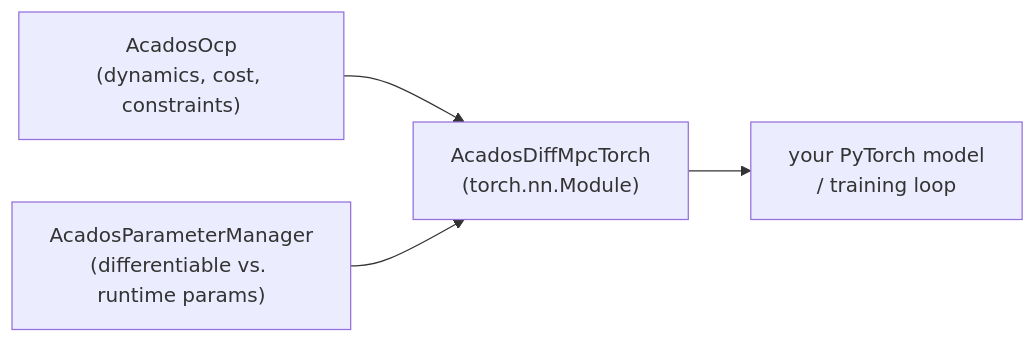
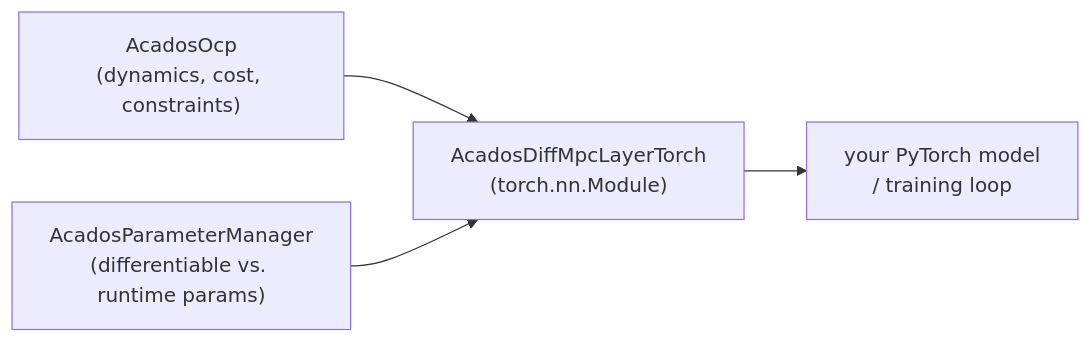
The first of 2 diagrams in docs/source/define_differentiable_mpc.md (leap-c/leap-c), drawn with Mermaid before and after one commit. The commit also changed other lines of this file and 8 other files, not shown here.

````diff
--- a/docs/source/define_differentiable_mpc.md
+++ b/docs/source/define_differentiable_mpc.md
@@ -21,6 +21,6 @@
 ```{mermaid}
 flowchart LR
   OCP["AcadosOcp<br/>(dynamics, cost, constraints)"] --> DMPC
   PM["AcadosParameterManager<br/>(differentiable vs. runtime params)"] --> DMPC
-  DMPC["AcadosDiffMpcTorch<br/>(torch.nn.Module)"] --> PIPE["your PyTorch model<br/>/ training loop"]
+  DMPC["AcadosDiffMpcLayerTorch<br/>(torch.nn.Module)"] --> PIPE["your PyTorch model<br/>/ training loop"]
 ```
````
